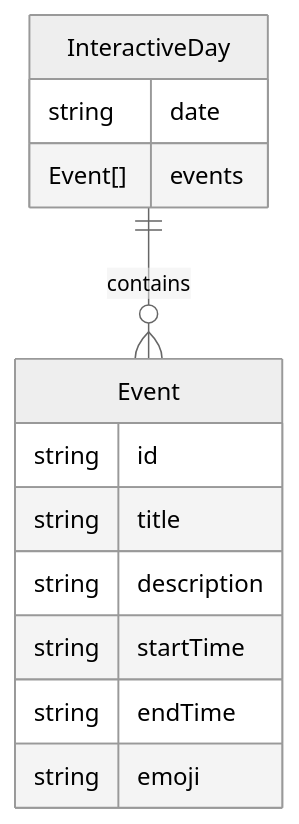
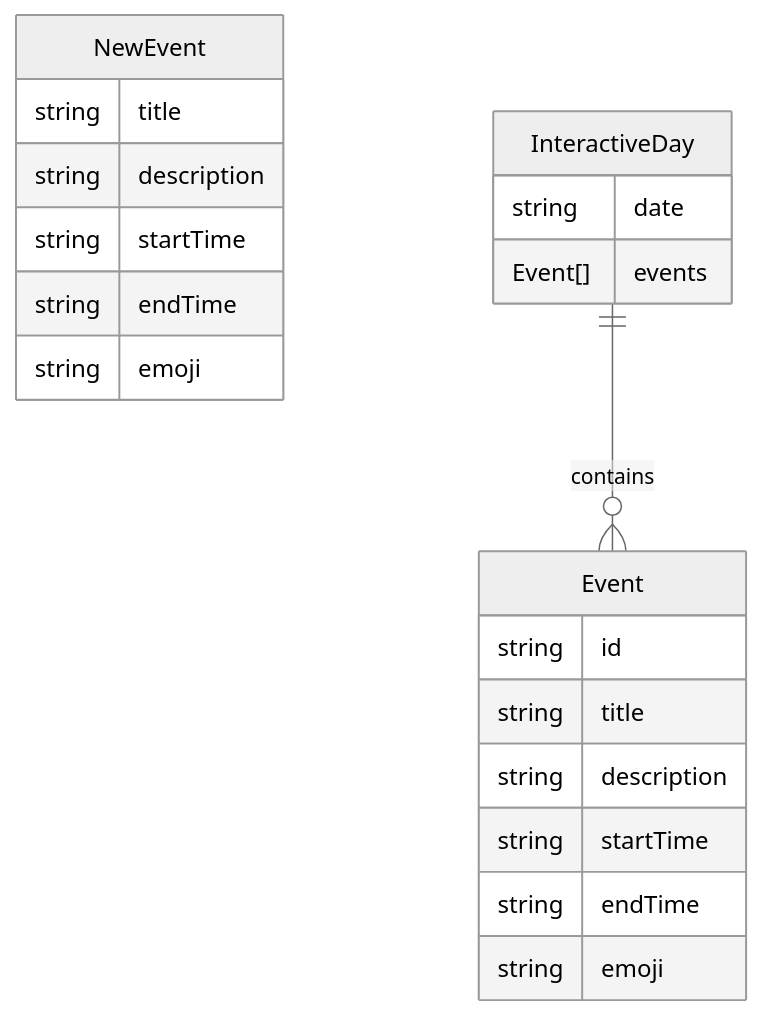
One commit to smoothdev35/print-calendar-2025 changed the third of 3 diagrams in README.md. Above: the diagram before and after it, drawn with Mermaid (neutral theme). The commit also changed other lines of this file and 6 other files, not shown here.

````diff
--- a/README.md
+++ b/README.md
@@ -131,18 +136,26 @@
 ```mermaid
 erDiagram
     Event {
         string id
+        string title
+        string description
+        string startTime
+        string endTime
+        string emoji
+    }
+
+    NewEvent {
         string title
         string description
         string startTime
         string endTime
         string emoji
     }
 
     InteractiveDay {
         string date
         Event[] events
     }
 
     InteractiveDay ||--o{ Event : contains
 ```
````
